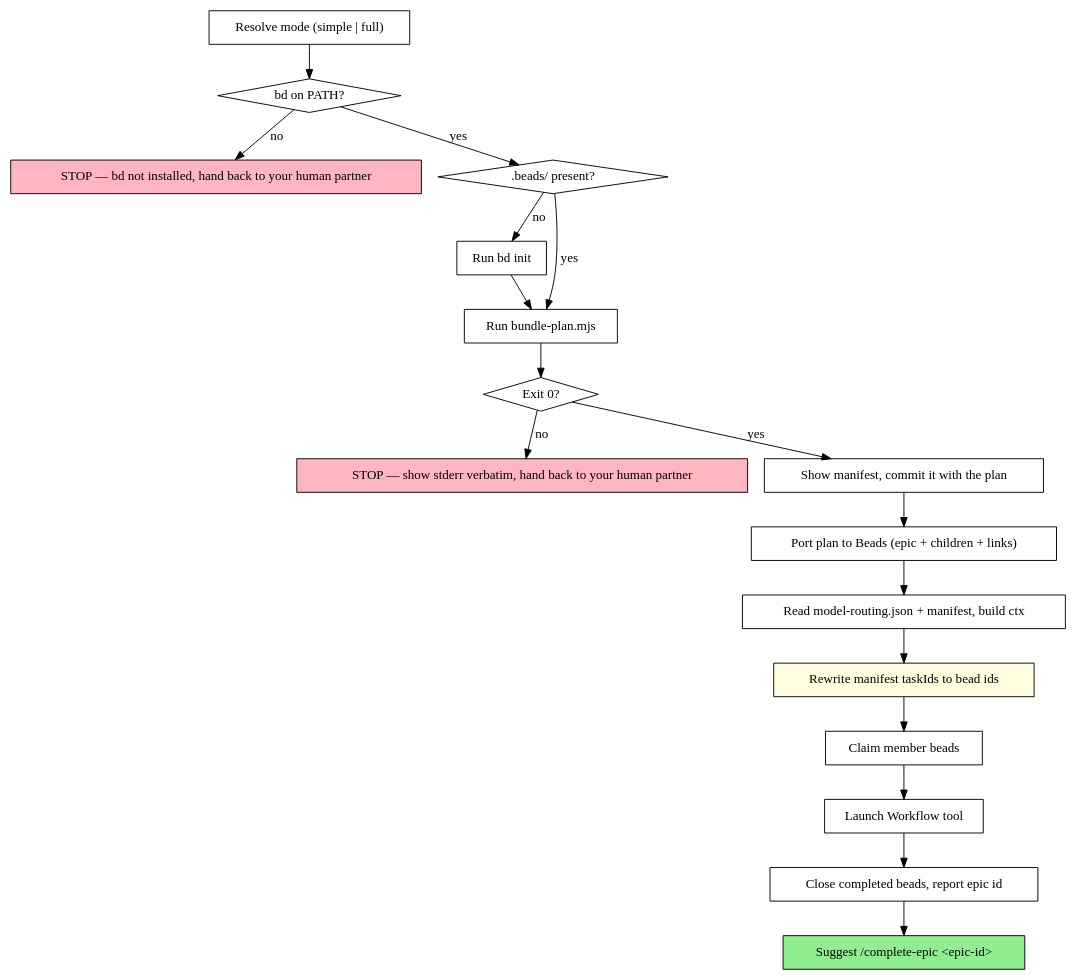
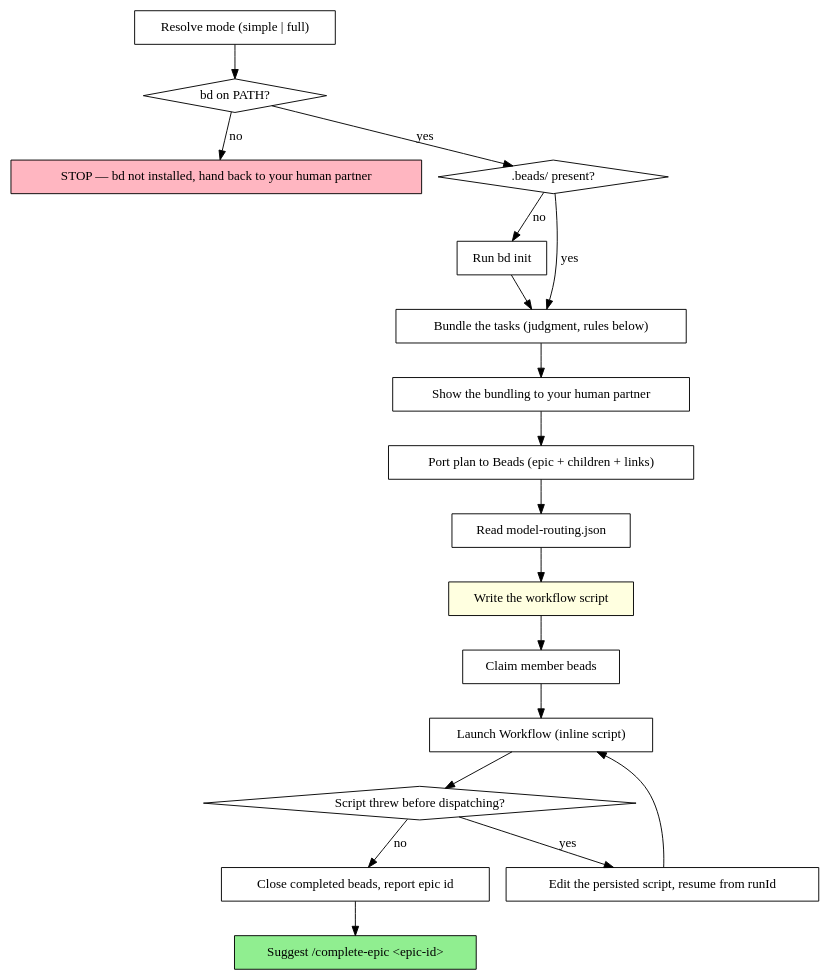
One commit to SirProdigle/claude-superpowers changed the diagram in skills/orchestrating-execution/SKILL.md. Above: the diagram before and after it, drawn with Graphviz. The commit also changed other lines of this file, not shown here.

First line of the commit message:
orchestrating-execution: script-authoring rewrite + one task per agent

````diff
--- a/skills/orchestrating-execution/SKILL.md
+++ b/skills/orchestrating-execution/SKILL.md
@@ -48,38 +54,39 @@
 ```dot
 digraph process {
     rankdir=TB;
     "Resolve mode (simple | full)" [shape=box];
     "bd on PATH?" [shape=diamond];
     "STOP — bd not installed, hand back to your human partner" [shape=box style=filled fillcolor=lightpink];
     ".beads/ present?" [shape=diamond];
     "Run bd init" [shape=box];
-    "Run bundle-plan.mjs" [shape=box];
-    "Exit 0?" [shape=diamond];
-    "STOP — show stderr verbatim, hand back to your human partner" [shape=box style=filled fillcolor=lightpink];
-    "Show manifest, commit it with the plan" [shape=box];
+    "Bundle the tasks (judgment, rules below)" [shape=box];
+    "Show the bundling to your human partner" [shape=box];
     "Port plan to Beads (epic + children + links)" [shape=box];
-    "Read model-routing.json + manifest, build ctx" [shape=box];
-    "Rewrite manifest taskIds to bead ids" [shape=box style=filled fillcolor=lightyellow];
+    "Read model-routing.json" [shape=box];
+    "Write the workflow script" [shape=box style=filled fillcolor=lightyellow];
     "Claim member beads" [shape=box];
-    "Launch Workflow tool" [shape=box];
+    "Launch Workflow (inline script)" [shape=box];
+    "Script threw before dispatching?" [shape=diamond];
+    "Edit the persisted script, resume from runId" [shape=box];
     "Close completed beads, report epic id" [shape=box];
     "Suggest /complete-epic <epic-id>" [shape=box style=filled fillcolor=lightgreen];
 
     "Resolve mode (simple | full)" -> "bd on PATH?";
     "bd on PATH?" -> "STOP — bd not installed, hand back to your human partner" [label="no"];
     "bd on PATH?" -> ".beads/ present?" [label="yes"];
-    ".beads/ present?" -> "Run bundle-plan.mjs" [label="yes"];
+    ".beads/ present?" -> "Bundle the tasks (judgment, rules below)" [label="yes"];
     ".beads/ present?" -> "Run bd init" [label="no"];
-    "Run bd init" -> "Run bundle-plan.mjs";
-    "Run bundle-plan.mjs" -> "Exit 0?";
-    "Exit 0?" -> "STOP — show stderr verbatim, hand back to your human partner" [label="no"];
-    "Exit 0?" -> "Show manifest, commit it with the plan" [label="yes"];
-    "Show manifest, commit it with the plan" -> "Port plan to Beads (epic + children + links)";
-    "Port plan to Beads (epic + children + links)" -> "Read model-routing.json + manifest, build ctx";
-    "Read model-routing.json + manifest, build ctx" -> "Rewrite manifest taskIds to bead ids";
-    "Rewrite manifest taskIds to bead ids" -> "Claim member beads";
-    "Claim member beads" -> "Launch Workflow tool";
-    "Launch Workflow tool" -> "Close completed beads, report epic id";
+    "Run bd init" -> "Bundle the tasks (judgment, rules below)";
+    "Bundle the tasks (judgment, rules below)" -> "Show the bundling to your human partner";
+    "Show the bundling to your human partner" -> "Port plan to Beads (epic + children + links)";
+    "Port plan to Beads (epic + children + links)" -> "Read model-routing.json";
+    "Read model-routing.json" -> "Write the workflow script";
+    "Write the workflow script" -> "Claim member beads";
+    "Claim member beads" -> "Launch Workflow (inline script)";
+    "Launch Workflow (inline script)" -> "Script threw before dispatching?";
+    "Script threw before dispatching?" -> "Edit the persisted script, resume from runId" [label="yes"];
+    "Edit the persisted script, resume from runId" -> "Launch Workflow (inline script)";
+    "Script threw before dispatching?" -> "Close completed beads, report epic id" [label="no"];
     "Close completed beads, report epic id" -> "Suggest /complete-epic <epic-id>";
 }
 ```
````
